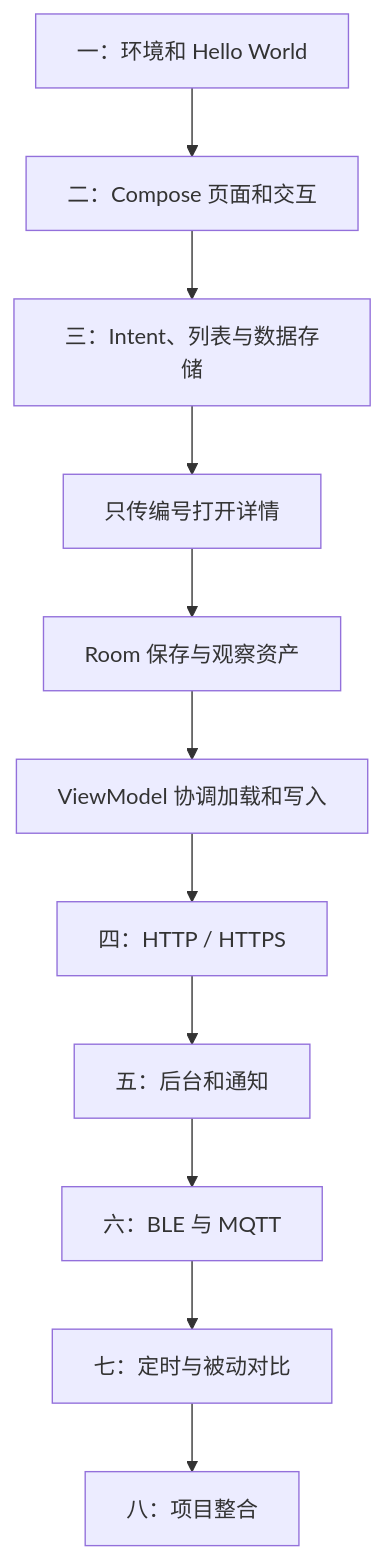
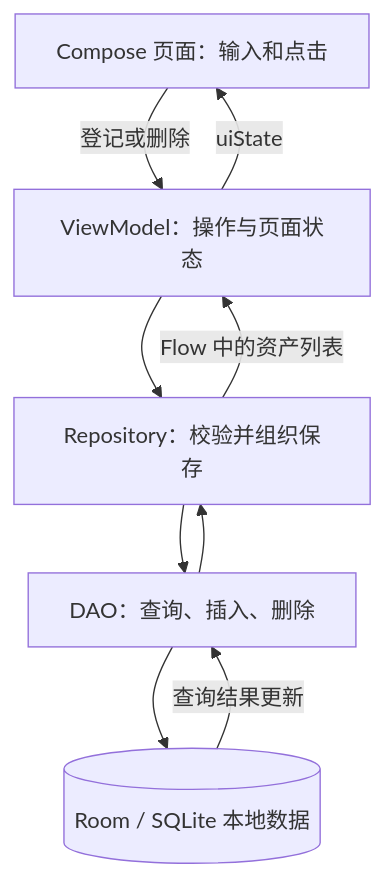
Before and after one commit to wl-007/notes: the third of 5 diagrams in docs/安卓开发/03-数据与交互.md, drawn with Mermaid. The commit also changed other lines of this file and 7 other files, not shown here.

````diff
--- a/docs/安卓开发/03-数据与交互.md
+++ b/docs/安卓开发/03-数据与交互.md
@@ -35,13 +463,11 @@
 ```mermaid
 flowchart TD
-    A["一：环境和 Hello World"] --> B["二：Compose 页面和交互"]
-    B --> C["三：Intent、列表与数据存储"]
-    C --> C1["只传编号打开详情"]
-    C1 --> C2["Room 保存与观察资产"]
-    C2 --> C3["ViewModel 协调加载和写入"]
-    C3 --> D["四：HTTP / HTTPS"]
-    D --> E["五：后台和通知"]
-    E --> F["六：BLE 与 MQTT"]
-    F --> G["七：定时与被动对比"]
-    G --> H["八：项目整合"]
+    A[Compose 页面：输入和点击] -->|登记或删除| B[ViewModel：操作与页面状态]
+    B --> C[Repository：校验并组织保存]
+    C --> D[DAO：查询、插入、删除]
+    D --> E[(Room / SQLite 本地数据)]
+    E -->|查询结果更新| D
+    D --> C
+    C -->|Flow 中的资产列表| B
+    B -->|uiState| A
 ```
````
